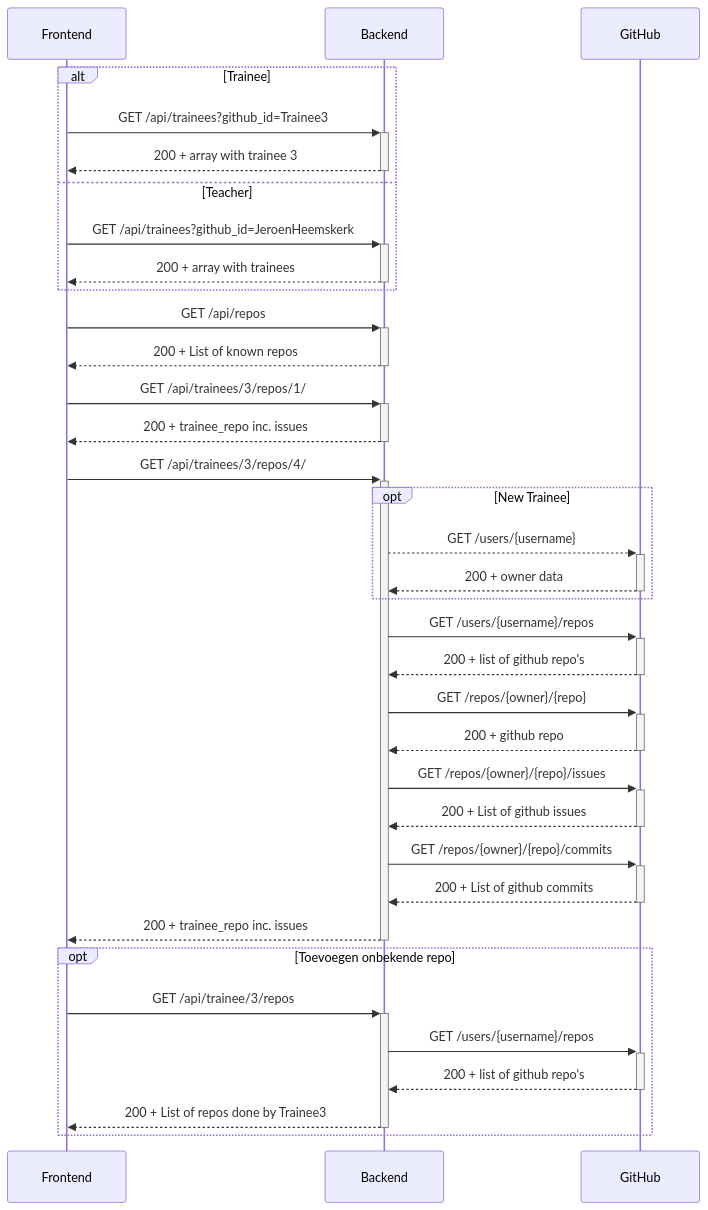
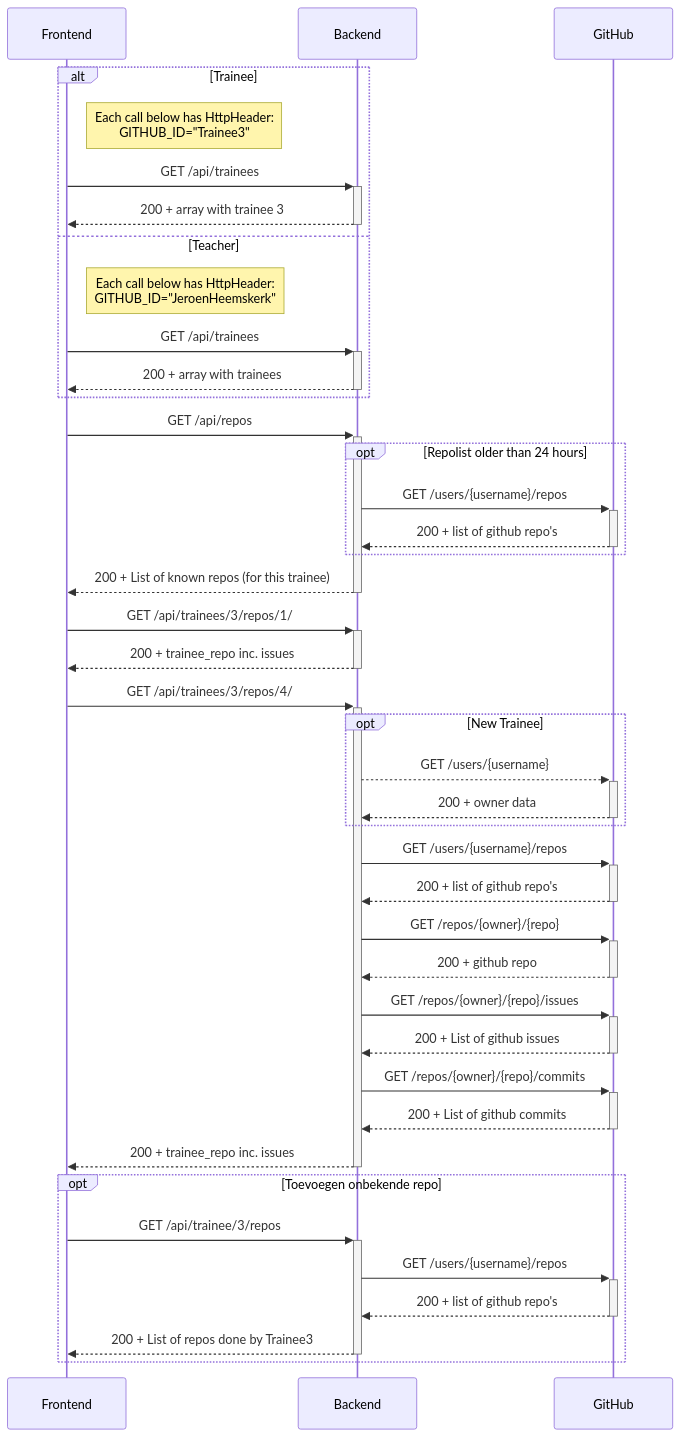
One commit to Educom-Trainees/educom-do-i-code changed the second of 2 diagrams in documents/API-flow.md. Above: the diagram before and after it, drawn with Mermaid. The commit also changed other lines of this file, not shown here.

````diff
--- a/documents/API-flow.md
+++ b/documents/API-flow.md
@@ -33,34 +35,40 @@
 ```mermaid
 sequenceDiagram
     alt Trainee
-    Frontend->>+Backend: GET /api/trainees?github_id=Trainee3
+    note right of Frontend: Each call below has HttpHeader:<br/>GITHUB_ID="Trainee3"
+    Frontend->>+Backend: GET /api/trainees
     Backend-->>-Frontend: 200 + array with trainee 3
     else Teacher
-    Frontend->>+Backend: GET /api/trainees?github_id=JeroenHeemskerk
+    note right of Frontend: Each call below has HttpHeader:<br/>GITHUB_ID="JeroenHeemskerk"
+    Frontend->>+Backend: GET /api/trainees
     Backend-->>-Frontend: 200 + array with trainees
     end
     Frontend->>+Backend: GET /api/repos
-    Backend-->>-Frontend: 200 + List of known repos
+    opt Repolist older than 24 hours
+    Backend->>+GitHub: GET /users/{username}/repos
+    GitHub-->>-Backend: 200 + list of github repo's
+    end
+    Backend-->>-Frontend: 200 + List of known repos (for this trainee)
     Frontend->>+Backend: GET /api/trainees/3/repos/1/
     Backend-->>-Frontend: 200 + trainee_repo inc. issues
     Frontend->>+Backend: GET /api/trainees/3/repos/4/
     opt New Trainee
     Backend-->>+GitHub: GET /users/{username}
     GitHub-->>-Backend: 200 + owner data
     end
     Backend->>+GitHub: GET /users/{username}/repos
     GitHub-->>-Backend: 200 + list of github repo's
     Backend->>+GitHub: GET /repos/{owner}/{repo}
     GitHub-->>-Backend: 200 + github repo
     Backend->>+GitHub: GET /repos/{owner}/{repo}/issues
     GitHub-->>-Backend: 200 + List of github issues
     Backend->>+GitHub: GET /repos/{owner}/{repo}/commits
     GitHub-->>-Backend: 200 + List of github commits
     Backend-->>-Frontend: 200 + trainee_repo inc. issues
     opt Toevoegen onbekende repo
     Frontend->>+Backend: GET /api/trainee/3/repos
     Backend->>+GitHub: GET /users/{username}/repos
     GitHub-->>-Backend: 200 + list of github repo's
     Backend-->>-Frontend: 200 + List of repos done by Trainee3
     end
 ```
````
